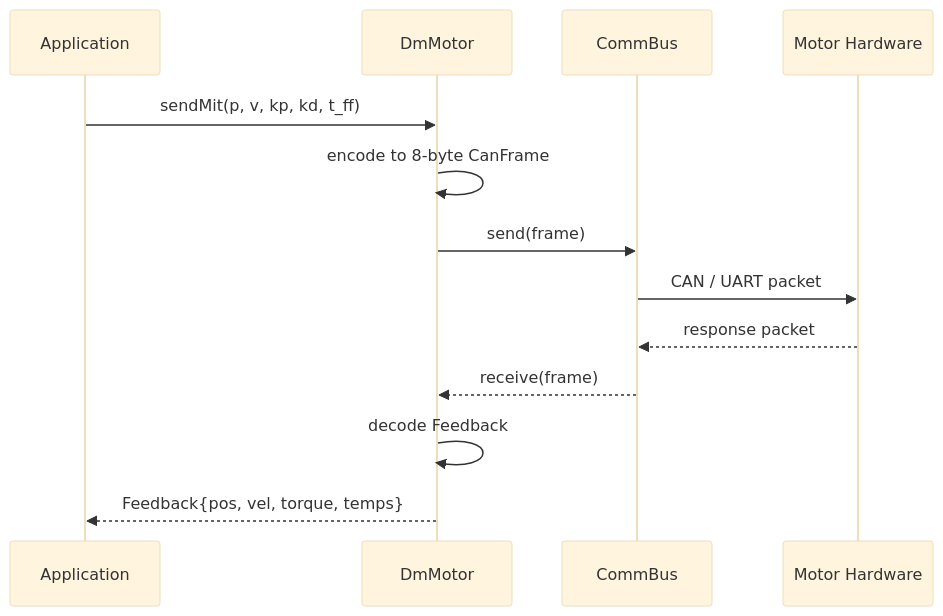
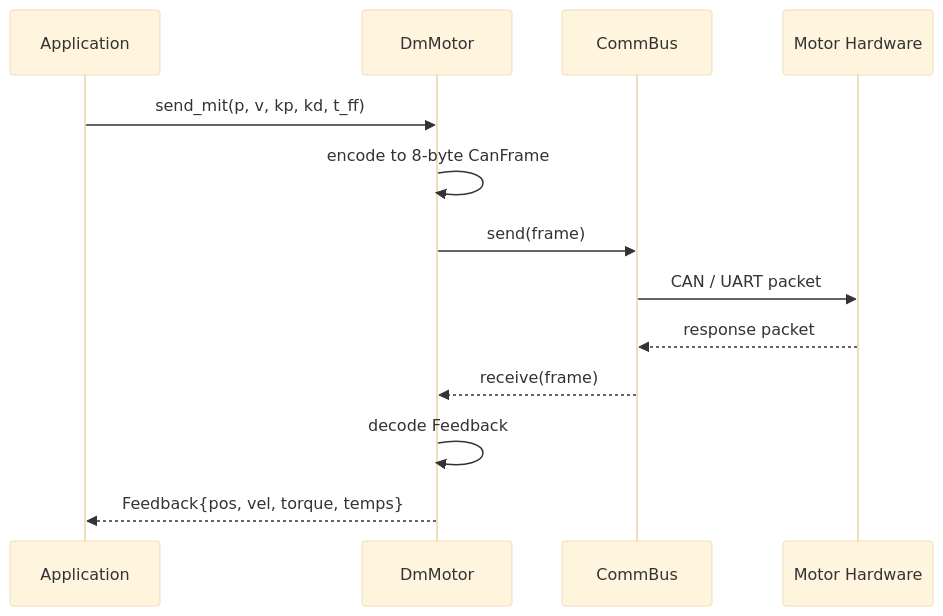
The third of 4 diagrams in README.md (nu-jliu/damiao-driver-cpp), drawn with Mermaid (base theme) before and after one commit. The commit also changed other lines of this file, not shown here.

````diff
--- a/README.md
+++ b/README.md
@@ -101,16 +115,16 @@
 ```mermaid
 sequenceDiagram
     participant App as Application
     participant Motor as DmMotor
     participant Bus as CommBus
     participant HW as Motor Hardware
 
-    App->>Motor: sendMit(p, v, kp, kd, t_ff)
+    App->>Motor: send_mit(p, v, kp, kd, t_ff)
     Motor->>Motor: encode to 8-byte CanFrame
     Motor->>Bus: send(frame)
     Bus->>HW: CAN / UART packet
     HW-->>Bus: response packet
     Bus-->>Motor: receive(frame)
     Motor->>Motor: decode Feedback
     Motor-->>App: Feedback{pos, vel, torque, temps}
 ```
````
